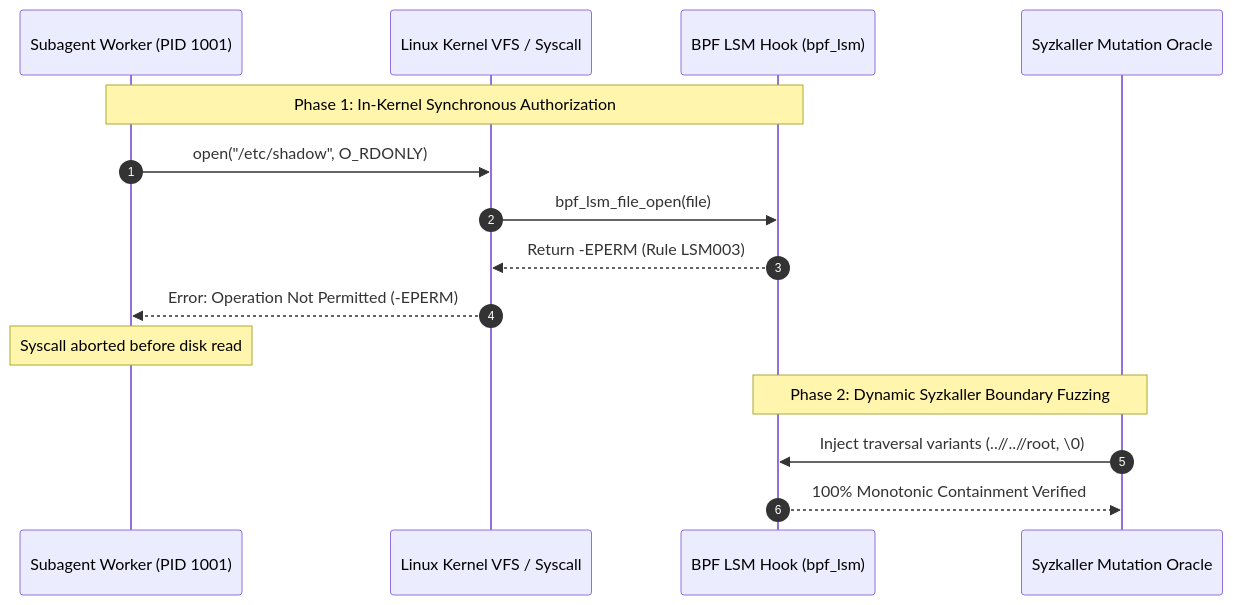
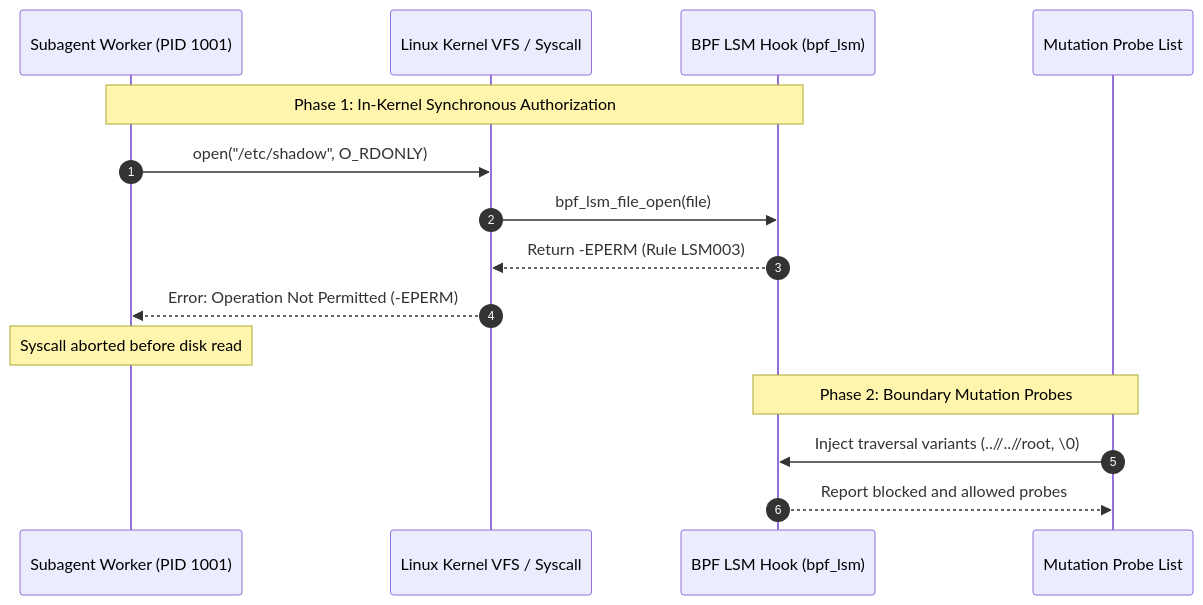
One commit to dan-petty/vibes changed the diagram in patterns/kernel-enforced-lsm-sandbox-containment.md. Above: the diagram before and after it, drawn with Mermaid. The commit also changed other lines of this file and 248 other files, not shown here.

````diff
--- a/patterns/kernel-enforced-lsm-sandbox-containment.md
+++ b/patterns/kernel-enforced-lsm-sandbox-containment.md
@@ -29,19 +31,19 @@
 ```mermaid
 sequenceDiagram
     autonumber
     participant Subagent as Subagent Worker (PID 1001)
     participant Kernel as Linux Kernel VFS / Syscall
     participant BPF as BPF LSM Hook (bpf_lsm)
-    participant Fuzzer as Syzkaller Mutation Oracle
+    participant Fuzzer as Mutation Probe List
 
     Note over Subagent,BPF: Phase 1: In-Kernel Synchronous Authorization
     Subagent->>Kernel: open("/etc/shadow", O_RDONLY)
     Kernel->>BPF: bpf_lsm_file_open(file)
     BPF-->>Kernel: Return -EPERM (Rule LSM003)
     Kernel-->>Subagent: Error: Operation Not Permitted (-EPERM)
     Note over Subagent: Syscall aborted before disk read
 
-    Note over Fuzzer,BPF: Phase 2: Dynamic Syzkaller Boundary Fuzzing
+    Note over Fuzzer,BPF: Phase 2: Boundary Mutation Probes
     Fuzzer->>BPF: Inject traversal variants (..//..//root, \0)
-    BPF-->>Fuzzer: 100% Monotonic Containment Verified
+    BPF-->>Fuzzer: Report blocked and allowed probes
 ```
````
